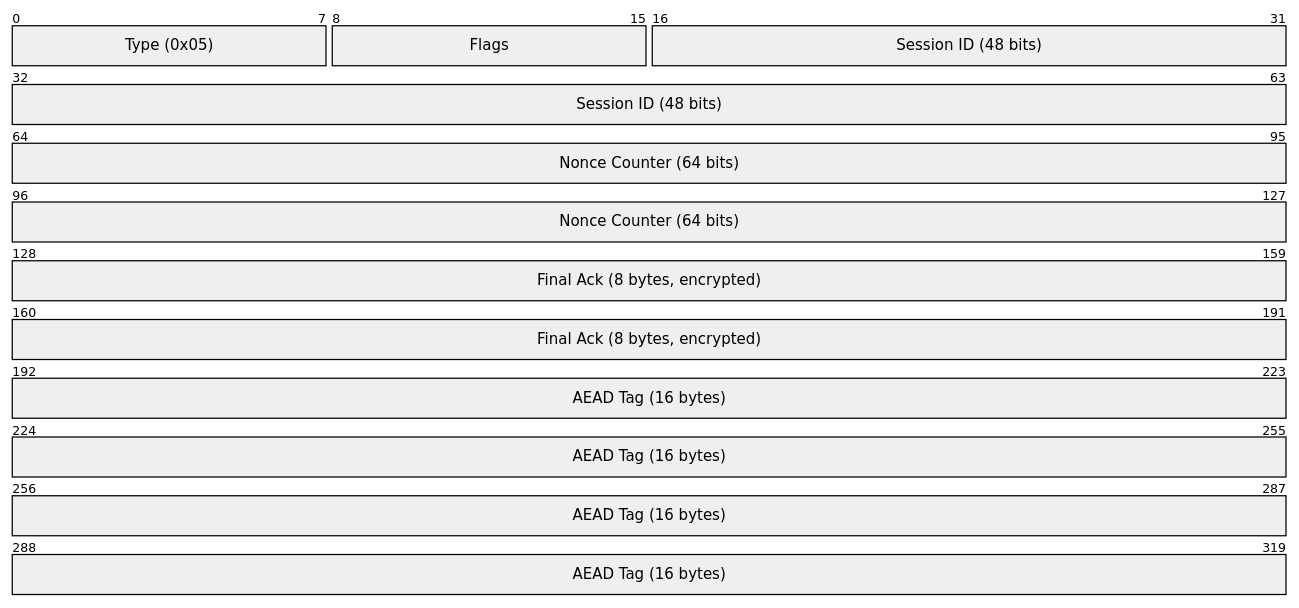
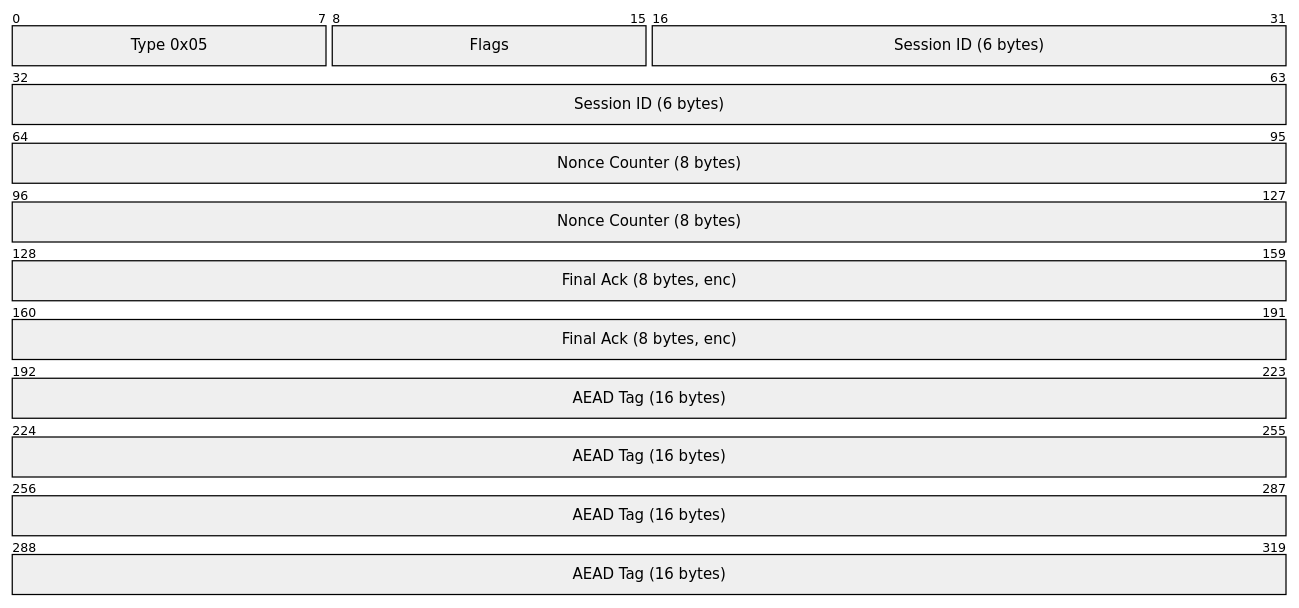
The third of 4 diagrams in specs/TRANSPORT.md (DanEscher98/nomad-specs), drawn with Mermaid before and after one commit. The commit also changed other lines of this file and 5 other files, not shown here.

First line of the commit message:
fix: convert packet-beta to packet with +count syntax

````diff
--- a/specs/TRANSPORT.md
+++ b/specs/TRANSPORT.md
@@ -95,9 +95,9 @@
 ```mermaid
-packet-beta
-  0-7: "Type (0x05)"
-  8-15: "Flags"
-  16-63: "Session ID (48 bits)"
-  64-127: "Nonce Counter (64 bits)"
-  128-191: "Final Ack (8 bytes, encrypted)"
-  192-319: "AEAD Tag (16 bytes)"
+packet
+  +8: "Type 0x05"
+  +8: "Flags"
+  +48: "Session ID (6 bytes)"
+  +64: "Nonce Counter (8 bytes)"
+  +64: "Final Ack (8 bytes, enc)"
+  +128: "AEAD Tag (16 bytes)"
 ```
````
